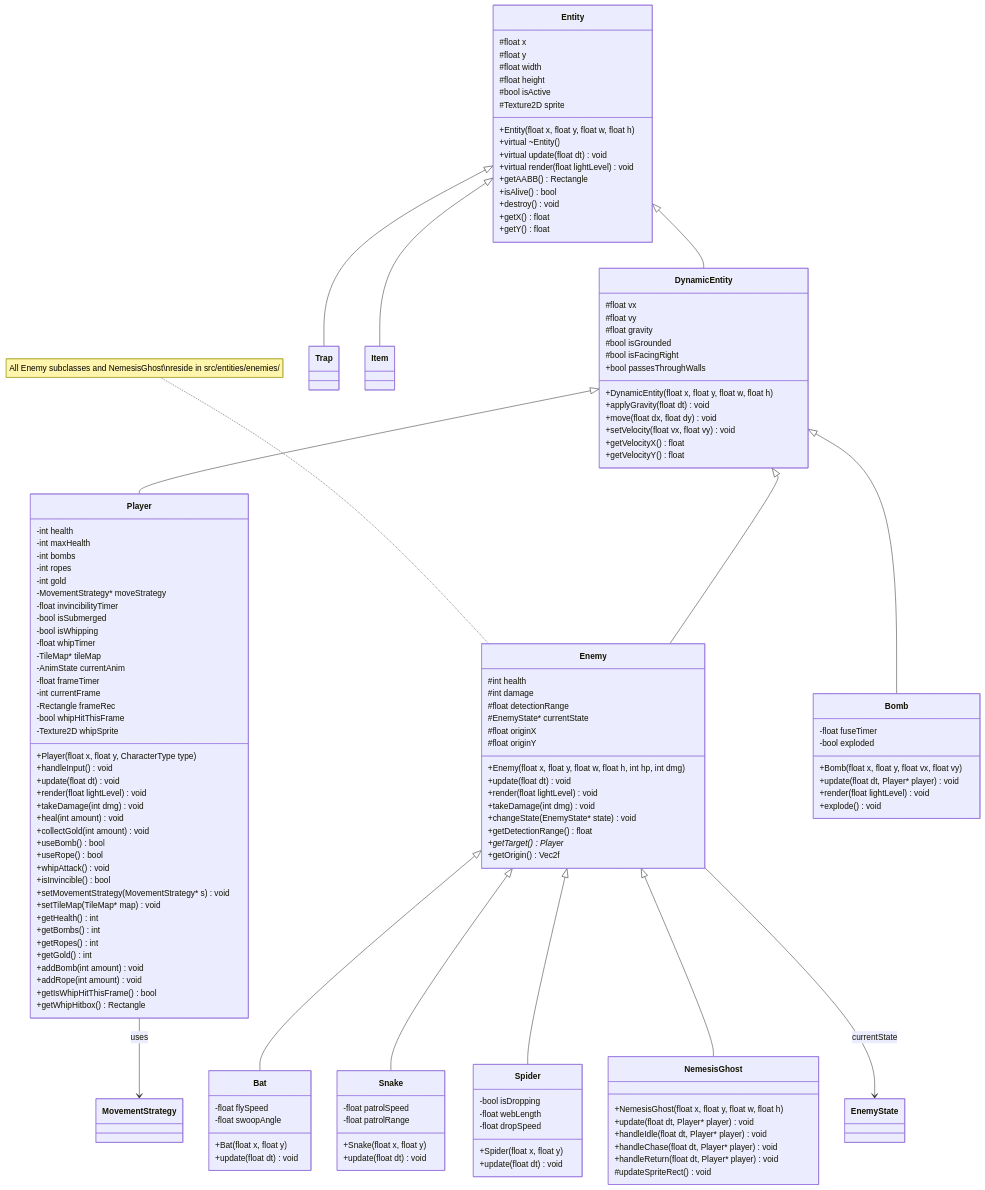
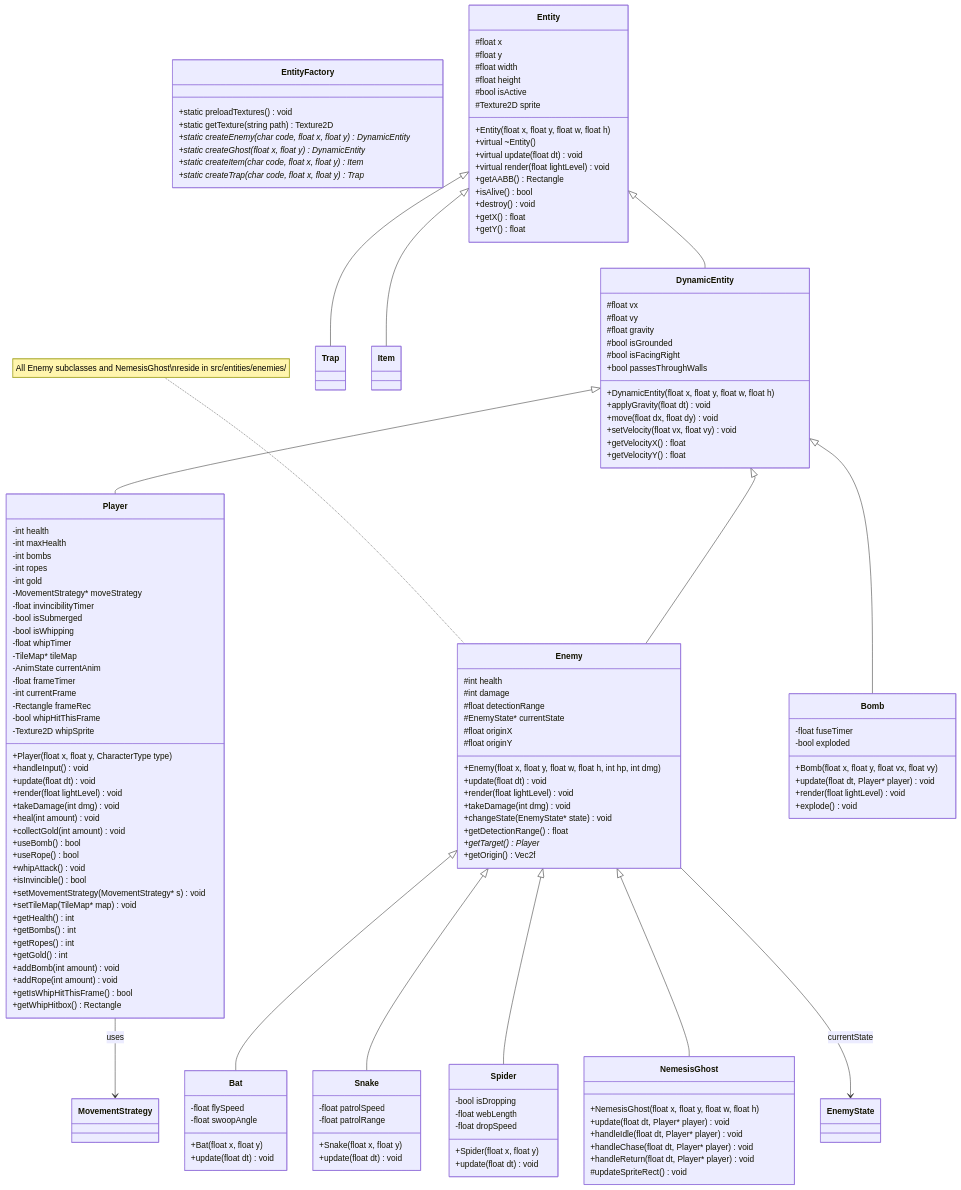
One commit to Gasmask-Chan/CS202-Cavern-Descent changed the second of 8 diagrams in project_plan.md. Above: the diagram before and after it, drawn with Mermaid. The commit also changed 3 other files, not shown here.

````diff
--- a/project_plan.md
+++ b/project_plan.md
@@ -513,5 +513,14 @@
 ```mermaid
 classDiagram
+    class EntityFactory {
+        +static preloadTextures() void
+        +static getTexture(string path) Texture2D
+        +static createEnemy(char code, float x, float y) DynamicEntity*
+        +static createGhost(float x, float y) DynamicEntity*
+        +static createItem(char code, float x, float y) Item*
+        +static createTrap(char code, float x, float y) Trap*
+    }
+
     class Entity {
         #float x
         #float y
````
